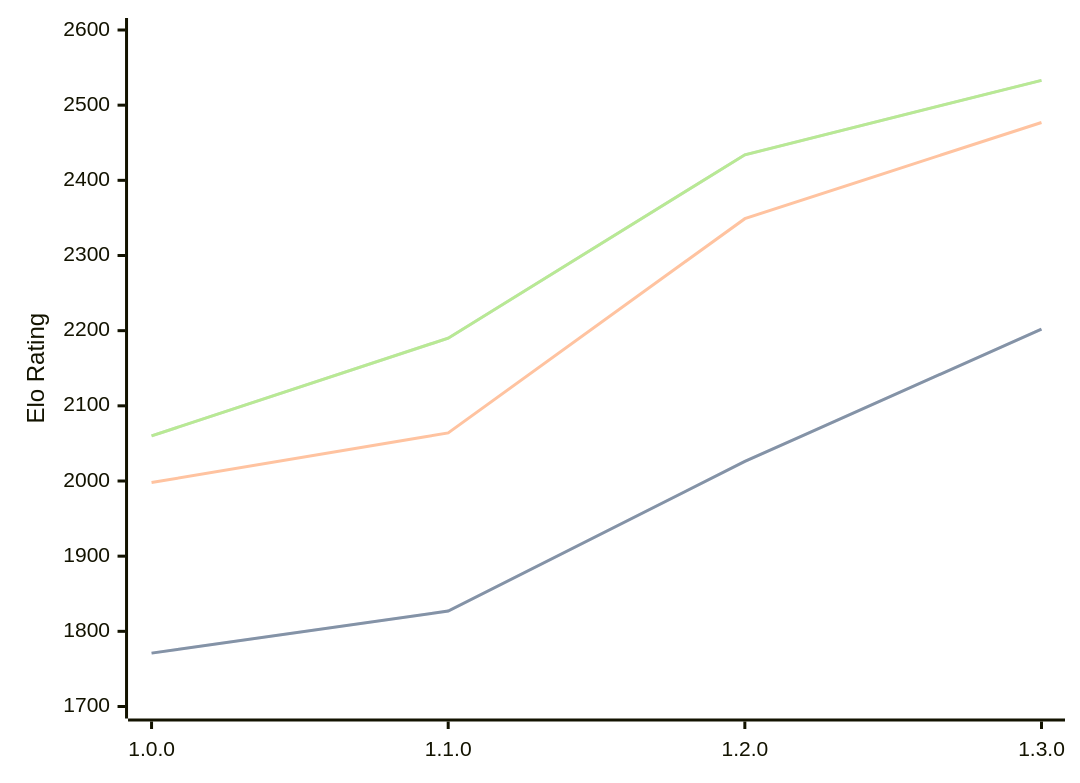
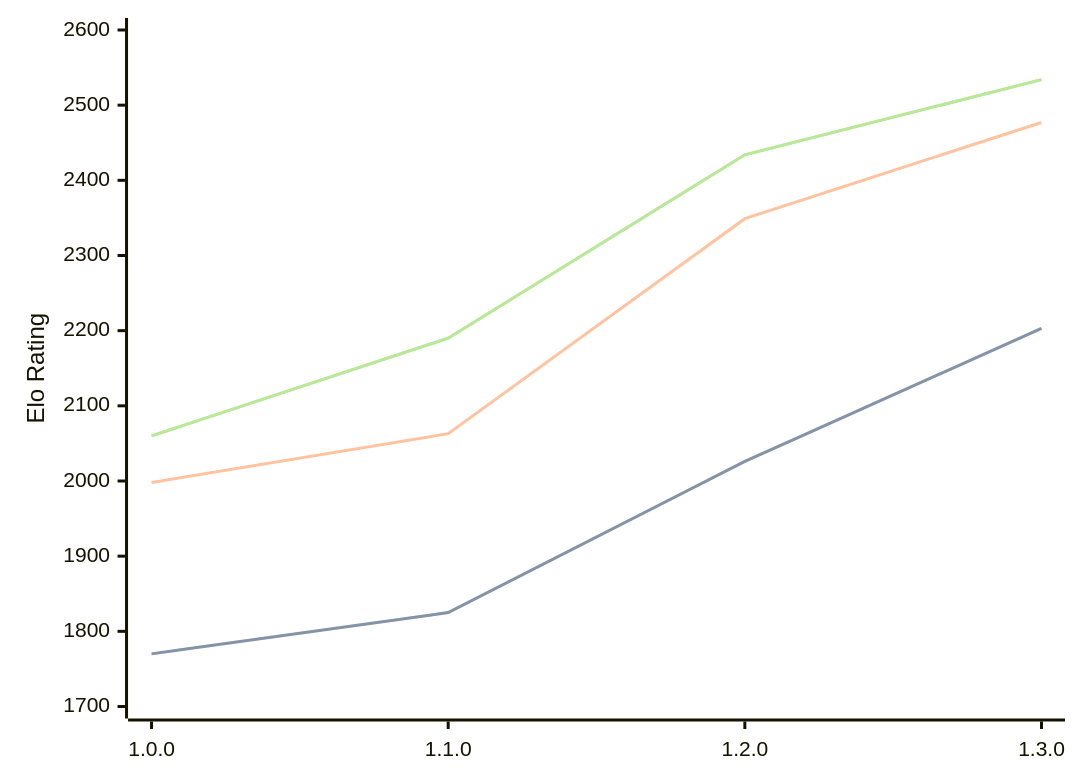
One commit to computer-chess-index/cci changed the diagram in engines/Anodos.md. Above: the diagram before and after it, drawn with Mermaid. The commit also changed other lines of this file, not shown here.

Commit message:
Update CCI Ratings (ELO VLTC) - 2026-04-21

````diff
--- a/engines/Anodos.md
+++ b/engines/Anodos.md
@@ -45,11 +45,11 @@
 ```mermaid
 %%{init: {"theme":"base","themeVariables":{"seriesColors:['#a3a3a3','#222221','#faa371']}}}%%
 xychart-beta
   x-axis ["1.0.0", "1.1.0", "1.2.0", "1.3.0"]
   y-axis "Elo Rating" 1700 --> 2600
-  line "STC (8.0+0.08s)" [1771, 1827, 2026, 2202]
-  line "STC (8.0+0.08s)" [1771, 1827, 2026, 2202]
-  line "LTC (60.0+0.60s)" [1998, 2064, 2349, 2477]
-  line "VLTC (2m24s+1.12s)" [2060, 2190, 2434, 2533]
-  line "VLTC (2m24s+1.12s)" [2060, 2190, 2434, 2533]
+  line "STC (8.0+0.08s)" [1770, 1825, 2026, 2203]
+  line "STC (8.0+0.08s)" [1770, 1825, 2026, 2203]
+  line "LTC (60.0+0.60s)" [1998, 2063, 2349, 2477]
+  line "VLTC (2m24s+1.12s)" [2060, 2190, 2434, 2534]
+  line "VLTC (2m24s+1.12s)" [2060, 2190, 2434, 2534]
 ```
````
